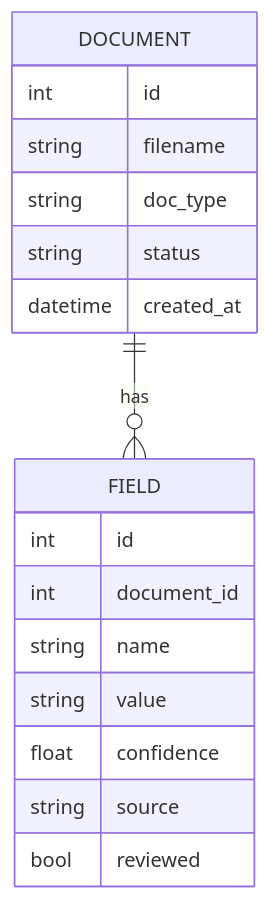
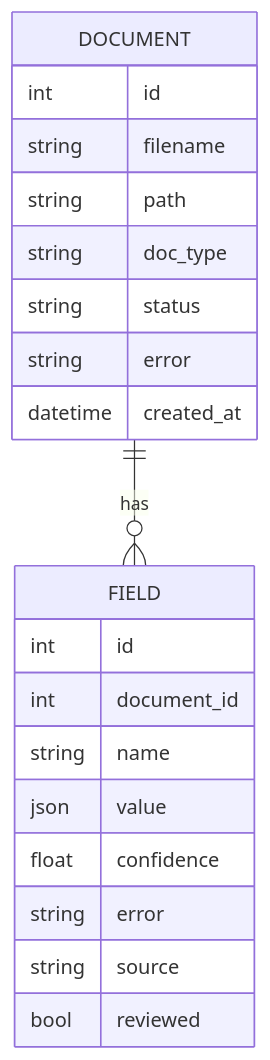
The second of 2 diagrams in README.md (TusharParlikar/Industrial-Document-Intelligence-Pipeline), drawn with Mermaid before and after one commit. The commit also changed other lines of this file, not shown here.

Commit message:
Update README architecture for LangChain pipeline

````diff
--- a/README.md
+++ b/README.md
@@ -66,20 +74,23 @@
 ```mermaid
 erDiagram
     DOCUMENT ||--o{ FIELD : has
     DOCUMENT {
         int id
         string filename
+        string path
         string doc_type
         string status
+        string error
         datetime created_at
     }
     FIELD {
         int id
         int document_id
         string name
-        string value
+        json value
         float confidence
+        string error
         string source
         bool reviewed
     }
 ```
````
